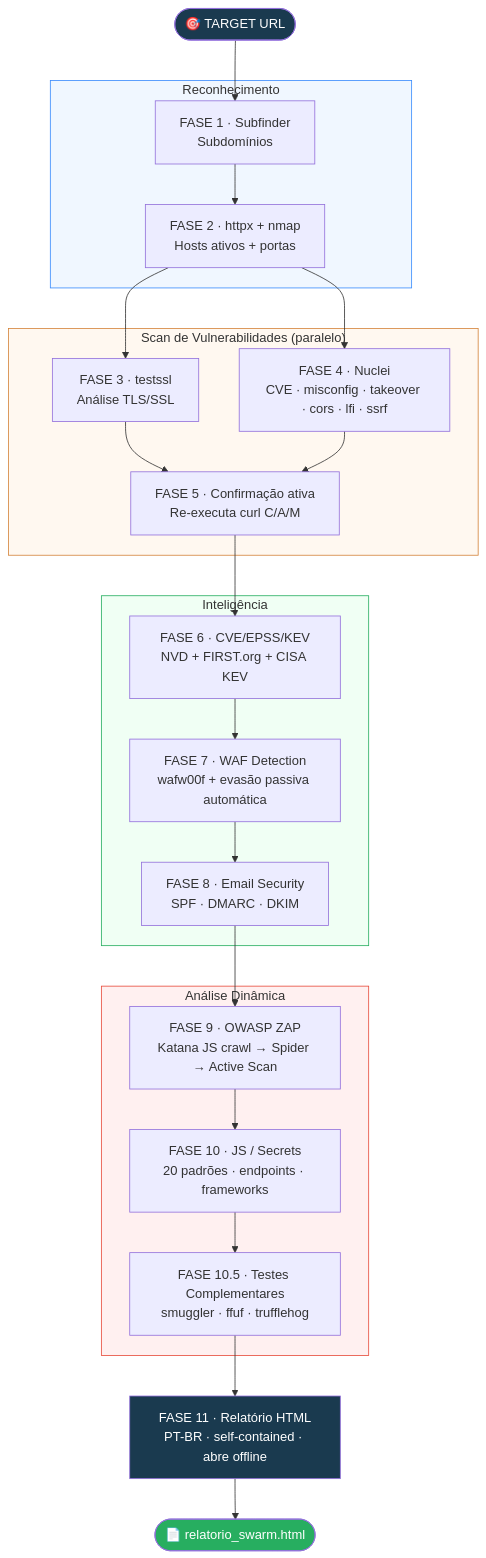
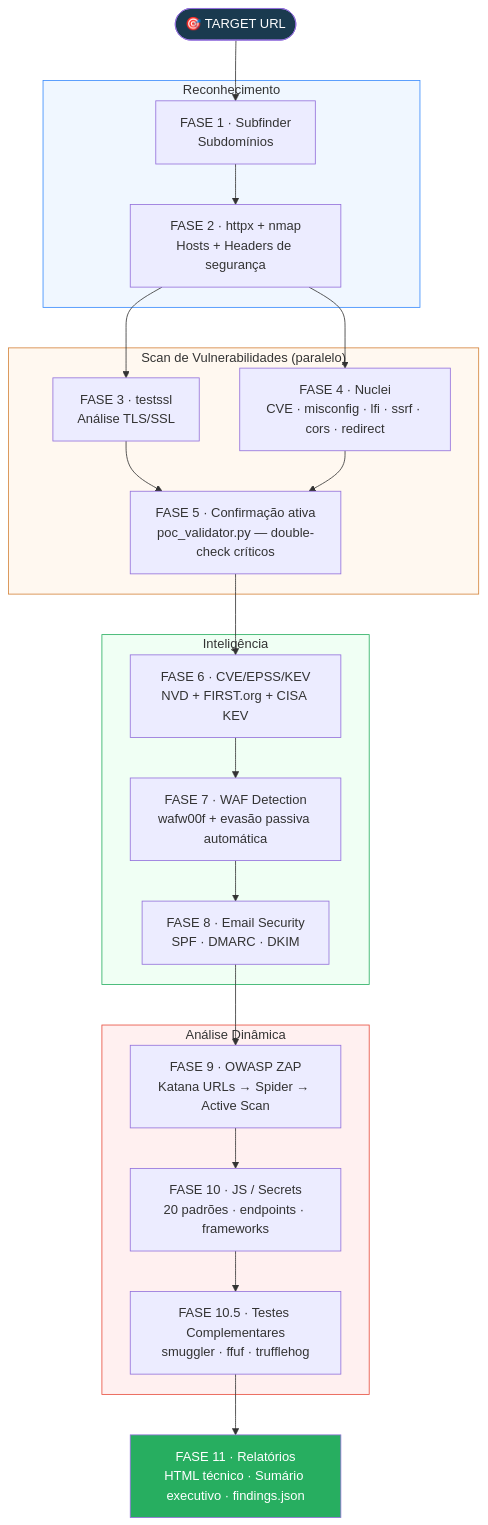
The diagram in README.md (trickMeister1337/SWARM), drawn with Mermaid before and after one commit. The commit also changed other lines of this file and 1 other file, not shown here.

````diff
--- a/README.md
+++ b/README.md
@@ -15,37 +15,35 @@
 ```mermaid
 flowchart TD
     A([🎯 TARGET URL]) --> B
 
     subgraph RECON["Reconhecimento"]
-        B[FASE 1 · Subfinder\nSubdomínios] --> C[FASE 2 · httpx + nmap\nHosts ativos + portas]
+        B[FASE 1 · Subfinder\nSubdomínios] --> C[FASE 2 · httpx + nmap\nHosts + Headers de segurança]
     end
 
     subgraph SCAN["Scan de Vulnerabilidades (paralelo)"]
         C --> D[FASE 3 · testssl\nAnálise TLS/SSL]
-        C --> E[FASE 4 · Nuclei\nCVE · misconfig · takeover · cors · lfi · ssrf]
-        D & E --> F[FASE 5 · Confirmação ativa\nRe-executa curl C/A/M]
+        C --> E[FASE 4 · Nuclei\nCVE · misconfig · lfi · ssrf · cors · redirect]
+        D & E --> F[FASE 5 · Confirmação ativa\npoc_validator.py — double-check críticos]
     end
 
     subgraph INTEL["Inteligência"]
         F --> G[FASE 6 · CVE/EPSS/KEV\nNVD + FIRST.org + CISA KEV]
         G --> H[FASE 7 · WAF Detection\nwafw00f + evasão passiva automática]
         H --> I[FASE 8 · Email Security\nSPF · DMARC · DKIM]
     end
 
     subgraph DYNAMIC["Análise Dinâmica"]
-        I --> J[FASE 9 · OWASP ZAP\nKatana JS crawl → Spider → Active Scan]
+        I --> J[FASE 9 · OWASP ZAP\nKatana URLs → Spider → Active Scan]
         J --> K[FASE 10 · JS / Secrets\n20 padrões · endpoints · frameworks]
         K --> K2[FASE 10.5 · Testes Complementares\nsmuggler · ffuf · trufflehog]
     end
 
-    K2 --> L[FASE 11 · Relatório HTML\nPT-BR · self-contained · abre offline]
-    L --> M([📄 relatorio_swarm.html])
+    K2 --> L[FASE 11 · Relatórios\nHTML técnico · Sumário executivo · findings.json]
 
     style A fill:#1a3a4f,color:#fff
-    style M fill:#27ae60,color:#fff
-    style L fill:#1a3a4f,color:#fff
+    style L fill:#27ae60,color:#fff
     style RECON fill:#f0f7ff,stroke:#388bfd
     style SCAN fill:#fff8f0,stroke:#d4833a
     style INTEL fill:#f0fff4,stroke:#27ae60
     style DYNAMIC fill:#fff0f0,stroke:#e74c3c
 ```
````
